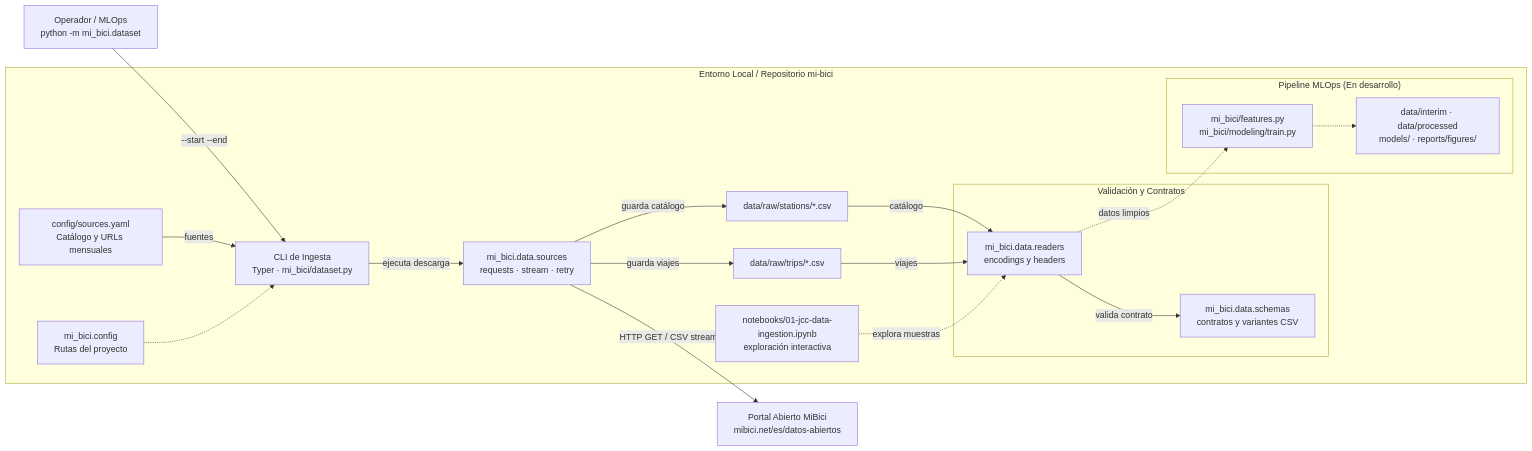
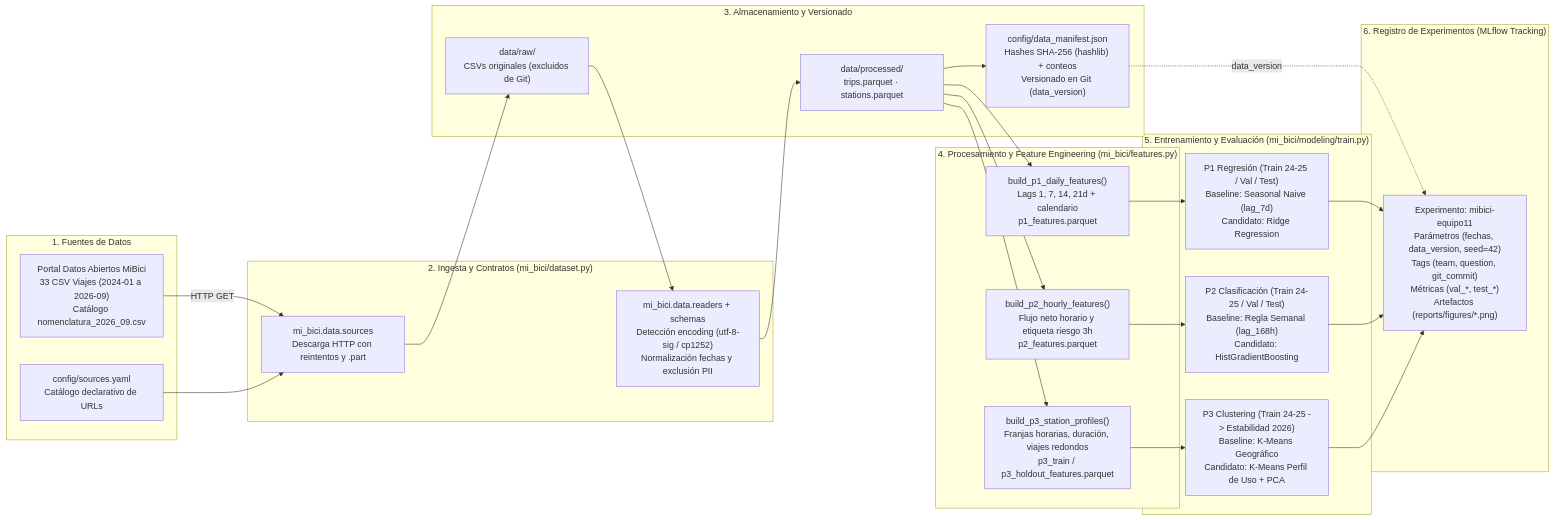
One commit to oscartrix/TC5061-Proyecto-Equipo11 changed the diagram in references/architecture/architecture.md. Above: the diagram before and after it, drawn with Mermaid. The commit also changed other lines of this file and 9 other files, not shown here.

````diff
--- a/references/architecture/architecture.md
+++ b/references/architecture/architecture.md
@@ -25,30 +11,47 @@
 ```mermaid
 flowchart LR
-    operator["Operador / MLOps<br/>python -m mi_bici.dataset"] -->|--start --end| cli["CLI de Ingesta<br/>Typer · mi_bici/dataset.py"]
-
-    subgraph repository["Entorno Local / Repositorio mi-bici"]
-        config["config/sources.yaml<br/>Catálogo y URLs mensuales"] -->|fuentes| cli
-        paths["mi_bici.config<br/>Rutas del proyecto"] -.-> cli
-        
-        cli -->|ejecuta descarga| sources["mi_bici.data.sources<br/>requests · stream · retry"]
-        
-        sources -->|guarda catálogo| raw_stations["data/raw/stations/*.csv"]
-        sources -->|guarda viajes| raw_trips["data/raw/trips/*.csv"]
-        
-        raw_stations -->|catálogo| readers["mi_bici.data.readers<br/>encodings y headers"]
-        raw_trips -->|viajes| readers
-        
-        subgraph contracts_boundary["Validación y Contratos"]
-            readers -->|valida contrato| schemas["mi_bici.data.schemas<br/>contratos y variantes CSV"]
-        end
-        
-        notebook["notebooks/01-jcc-data-ingestion.ipynb<br/>exploración interactiva"] -.->|explora muestras| readers
-        
-        subgraph scaffold["Pipeline MLOps (En desarrollo)"]
-            readers -.->|datos limpios| downstream["mi_bici/features.py<br/>mi_bici/modeling/train.py"]
-            downstream -.-> targets["data/interim · data/processed<br/>models/ · reports/figures/"]
-        end
+    subgraph fuentes["1. Fuentes de Datos"]
+        portal["Portal Datos Abiertos MiBici<br/>33 CSV Viajes (2024-01 a 2026-09)<br/>Catálogo nomenclatura_2026_09.csv"]
+        yaml["config/sources.yaml<br/>Catálogo declarativo de URLs"]
     end
 
-    sources -->|HTTP GET / CSV stream| mibici["Portal Abierto MiBici<br/>mibici.net/es/datos-abiertos"]
+    subgraph ingesta["2. Ingesta y Contratos (mi_bici/dataset.py)"]
+        src["mi_bici.data.sources<br/>Descarga HTTP con reintentos y .part"]
+        read["mi_bici.data.readers + schemas<br/>Detección encoding (utf-8-sig / cp1252)<br/>Normalización fechas y exclusión PII"]
+    end
+
+    subgraph storage["3. Almacenamiento y Versionado"]
+        raw["data/raw/<br/>CSVs originales (excluidos de Git)"]
+        parquet["data/processed/<br/>trips.parquet · stations.parquet"]
+        manifest["config/data_manifest.json<br/>Hashes SHA-256 (hashlib) + conteos<br/>Versionado en Git (data_version)"]
+    end
+
+    subgraph feat["4. Procesamiento y Feature Engineering (mi_bici/features.py)"]
+        fp1["build_p1_daily_features()<br/>Lags 1, 7, 14, 21d + calendario<br/>p1_features.parquet"]
+        fp2["build_p2_hourly_features()<br/>Flujo neto horario y etiqueta riesgo 3h<br/>p2_features.parquet"]
+        fp3["build_p3_station_profiles()<br/>Franjas horarias, duración, viajes redondos<br/>p3_train / p3_holdout_features.parquet"]
+    end
+
+    subgraph train["5. Entrenamiento y Evaluación (mi_bici/modeling/train.py)"]
+        mp1["P1 Regresión (Train 24-25 / Val / Test)<br/>Baseline: Seasonal Naive (lag_7d)<br/>Candidato: Ridge Regression"]
+        mp2["P2 Clasificación (Train 24-25 / Val / Test)<br/>Baseline: Regla Semanal (lag_168h)<br/>Candidato: HistGradientBoosting"]
+        mp3["P3 Clustering (Train 24-25 -> Estabilidad 2026)<br/>Baseline: K-Means Geográfico<br/>Candidato: K-Means Perfil de Uso + PCA"]
+    end
+
+    subgraph tracking["6. Registro de Experimentos (MLflow Tracking)"]
+        mlf["Experimento: mibici-equipo11<br/>Parámetros (fechas, data_version, seed=42)<br/>Tags (team, question, git_commit)<br/>Métricas (val_*, test_*)<br/>Artefactos (reports/figures/*.png)"]
+    end
+
+    portal -->|HTTP GET| src
+    yaml --> src
+    src --> raw
+    raw --> read
+    read --> parquet
+    parquet --> manifest
+    parquet --> fp1 & fp2 & fp3
+    fp1 --> mp1
+    fp2 --> mp2
+    fp3 --> mp3
+    manifest -.->|data_version| mlf
+    mp1 & mp2 & mp3 --> mlf
 ```
````
